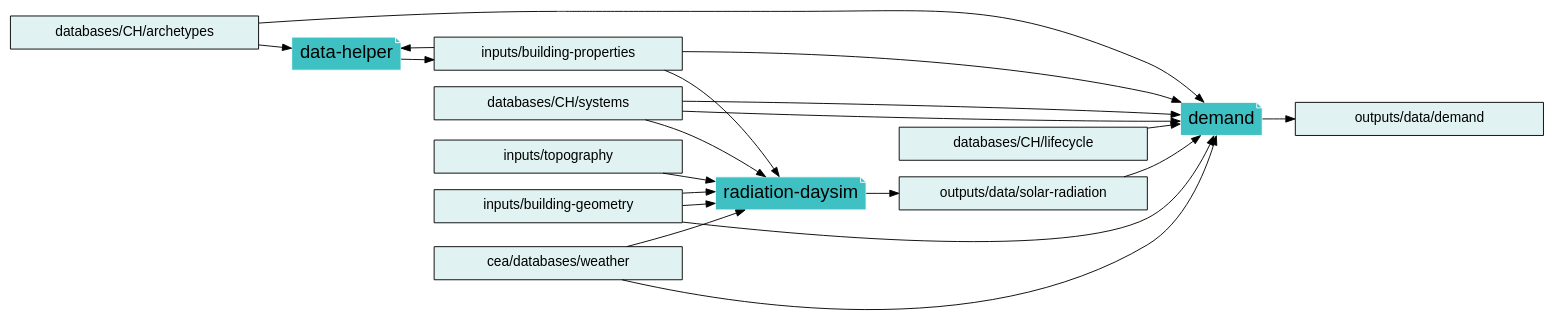
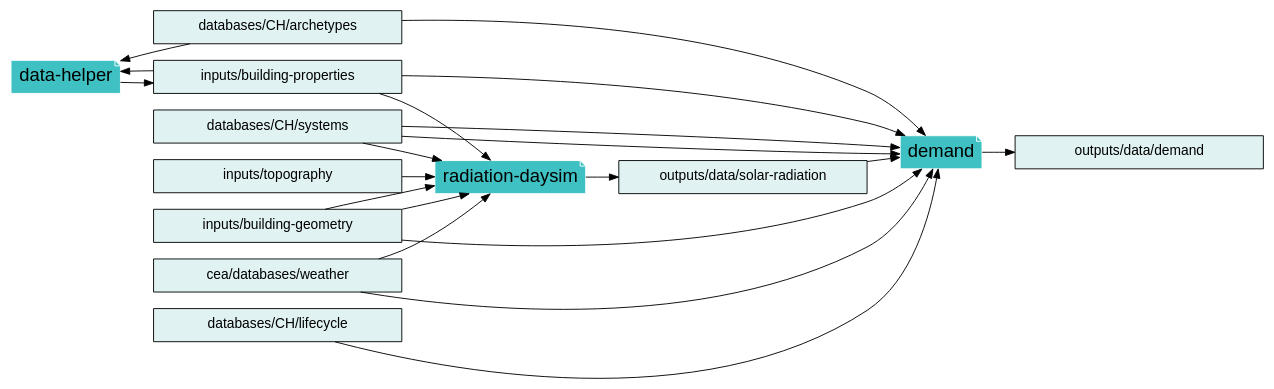
The diagram in docs/script_dependencies/data-helper_radiation-daysim_demand.gv (architecture-building-systems/CityEnergyAnalyst), drawn with Graphviz before and after one commit. The commit also changed 1 other file, not shown here.

```diff
--- a/docs/script_dependencies/data-helper_radiation-daysim_demand.gv
+++ b/docs/script_dependencies/data-helper_radiation-daysim_demand.gv
@@ -1,27 +1,29 @@
 digraph trace_inputlocator {
     rankdir="LR";
     graph [overlap = false, fontname=arial];
     "data-helper"[shape=note, style=filled, color=white, fillcolor="#3FC0C2", fontname=arial, fontsize=20];
     "demand"[shape=note, style=filled, color=white, fillcolor="#3FC0C2", fontname=arial, fontsize=20];
     "radiation-daysim"[shape=note, style=filled, color=white, fillcolor="#3FC0C2", fontname=arial, fontsize=20];
     node [shape=box, style=filled, fillcolor="#E1F2F2", fontname=arial, fontsize=15, fixedsize=true, width=3.75]
     "databases/CH/archetypes" -> "data-helper"
     "inputs/building-properties" -> "data-helper"
     "databases/CH/archetypes" -> "demand"
     "inputs/building-properties" -> "demand"
     "databases/CH/systems" -> "demand"
     "databases/CH/lifecycle" -> "demand"
     "outputs/data/solar-radiation" -> "demand"
     "databases/CH/systems" -> "demand"
     "cea/databases/weather" -> "demand"
     "inputs/building-geometry" -> "demand"
     "inputs/building-properties" -> "radiation-daysim"
     "inputs/building-geometry" -> "radiation-daysim"
     "databases/CH/systems" -> "radiation-daysim"
     "inputs/topography" -> "radiation-daysim"
     "cea/databases/weather" -> "radiation-daysim"
     "inputs/building-geometry" -> "radiation-daysim"
     "data-helper" -> "inputs/building-properties"
     "demand" -> "outputs/data/demand"
     "radiation-daysim" -> "outputs/data/solar-radiation"
+    {rank=same "databases/CH/lifecycle" "databases/CH/archetypes" "inputs/building-geometry" "databases/CH/systems"
+    "inputs/topography" "cea/databases/weather" "inputs/building-properties"}
     }
```
